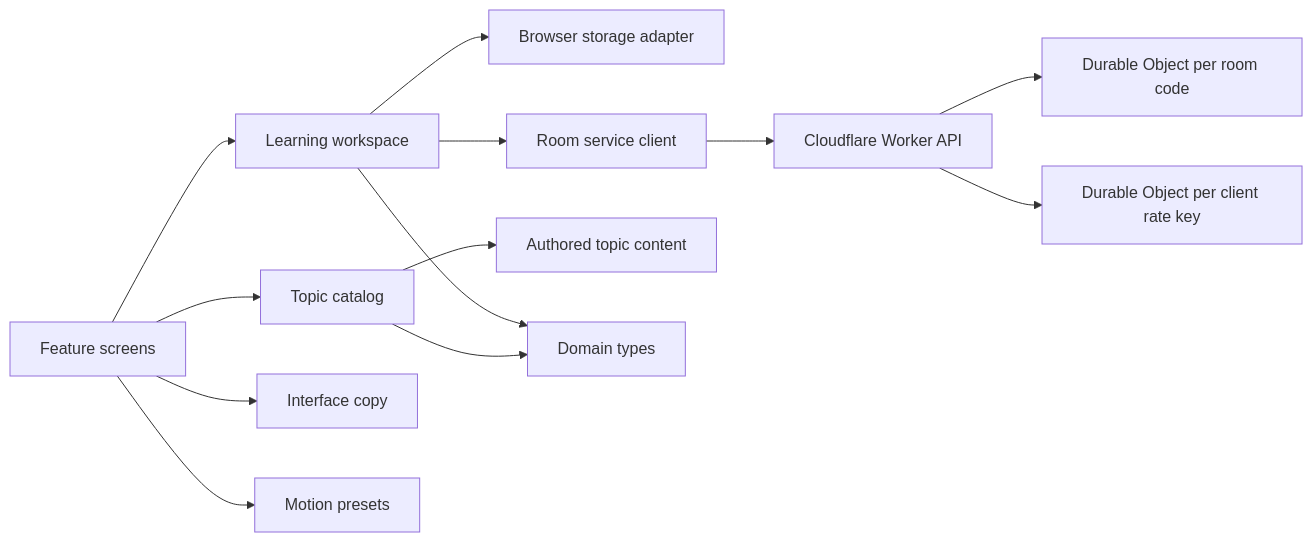
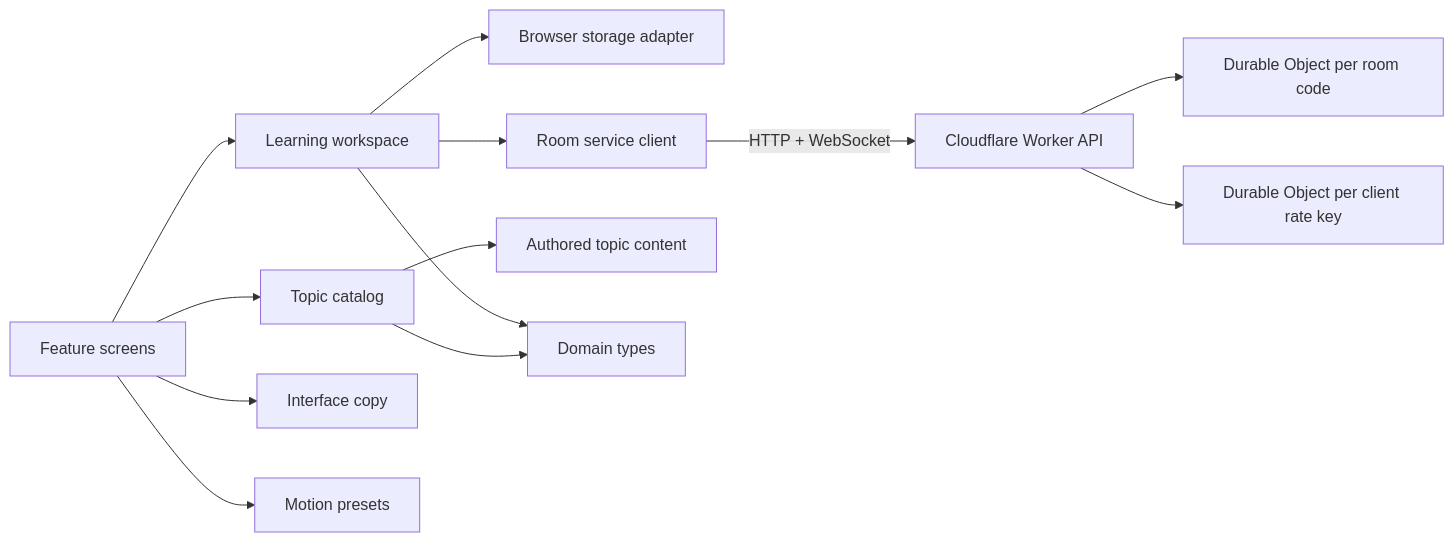
Before and after one commit to RobTar97/linguaflow: the diagram in docs/ARCHITECTURE.md, drawn with Mermaid. The commit also changed other lines of this file and 40 other files, not shown here.

First line of the commit message:
Expand category discovery and teacher-led practice flows (#8)

````diff
--- a/docs/ARCHITECTURE.md
+++ b/docs/ARCHITECTURE.md
@@ -6,15 +6,15 @@
 ```mermaid
 flowchart LR
   UI[Feature screens] --> WS[Learning workspace]
   UI --> CAT[Topic catalog]
   UI --> I18N[Interface copy]
   WS --> STORE[Browser storage adapter]
   WS --> API[Room service client]
-  API --> WORKER[Cloudflare Worker API]
+  API -->|HTTP + WebSocket| WORKER[Cloudflare Worker API]
   WORKER --> DO[Durable Object per room code]
   WORKER --> RATE[Durable Object per client rate key]
   CAT --> CONTENT[Authored topic content]
   WS --> DOMAIN[Domain types]
   CAT --> DOMAIN
   UI --> MOTION[Motion presets]
 ```
````
